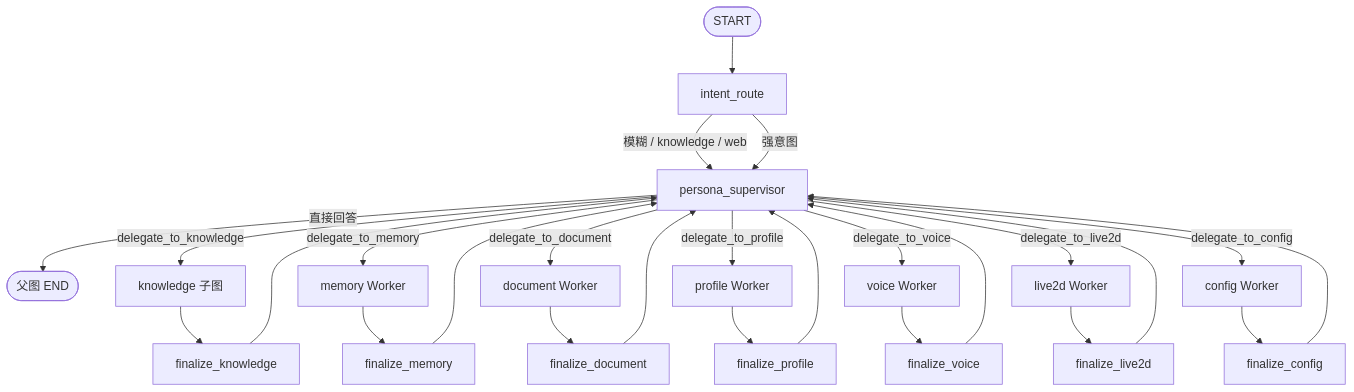
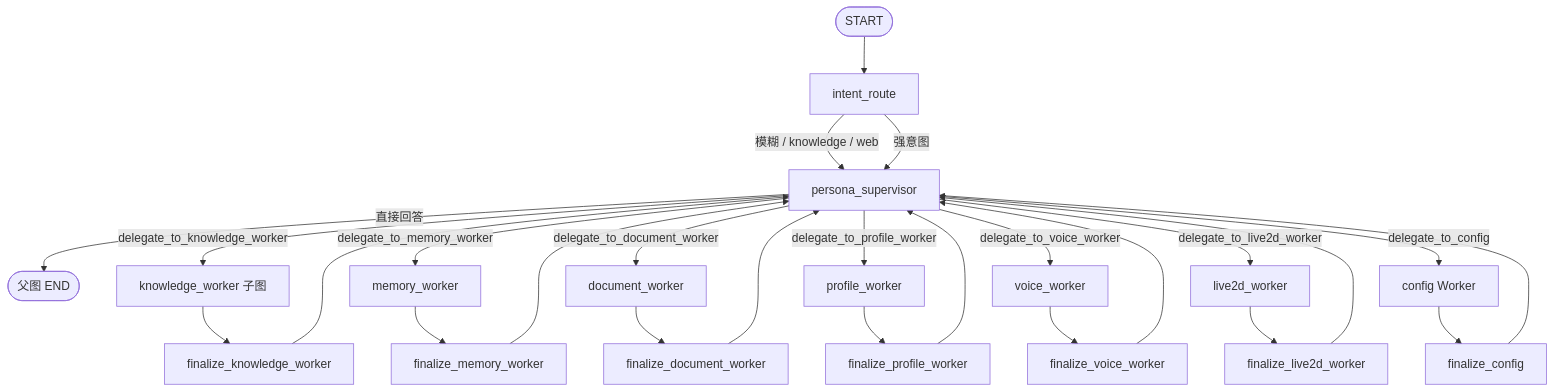
One commit to TKGEKKOU/yumeno changed the first of 3 diagrams in ARCHITECTURE.md. Above: the diagram before and after it, drawn with Mermaid. The commit also changed other lines of this file and 63 other files, not shown here.

````diff
--- a/ARCHITECTURE.md
+++ b/ARCHITECTURE.md
@@ -24,30 +24,30 @@
 ```mermaid
 %% YUMENO 完整 Multi-Agent 父图
 %% 强意图由 intent_route 直达 Worker；其余交给 Supervisor
 flowchart TD
   START([START]) --> R[intent_route]
   R -->|模糊 / knowledge / web| S[persona_supervisor]
   S -->|直接回答| END([父图 END])
   R -->|强意图| S
-  S -->|delegate_to_knowledge| K[knowledge 子图]
-  S -->|delegate_to_memory| M[memory Worker]
-  S -->|delegate_to_document| D[document Worker]
-  S -->|delegate_to_profile| P[profile Worker]
-  S -->|delegate_to_voice| V[voice Worker]
-  S -->|delegate_to_live2d| L[live2d Worker]
+  S -->|delegate_to_knowledge_worker| K[knowledge_worker 子图]
+  S -->|delegate_to_memory_worker| M[memory_worker]
+  S -->|delegate_to_document_worker| D[document_worker]
+  S -->|delegate_to_profile_worker| P[profile_worker]
+  S -->|delegate_to_voice_worker| V[voice_worker]
+  S -->|delegate_to_live2d_worker| L[live2d_worker]
   S -->|delegate_to_config| C[config Worker]
-  K --> FK[finalize_knowledge]
-  M --> FM[finalize_memory]
-  D --> FD[finalize_document]
-  P --> FP[finalize_profile]
-  V --> FV[finalize_voice]
-  L --> FL[finalize_live2d]
+  K --> FK[finalize_knowledge_worker]
+  M --> FM[finalize_memory_worker]
+  D --> FD[finalize_document_worker]
+  P --> FP[finalize_profile_worker]
+  V --> FV[finalize_voice_worker]
+  L --> FL[finalize_live2d_worker]
   C --> FC[finalize_config]
   FK --> S
   FM --> S
   FD --> S
   FP --> S
   FV --> S
   FL --> S
   FC --> S
 ```
````
